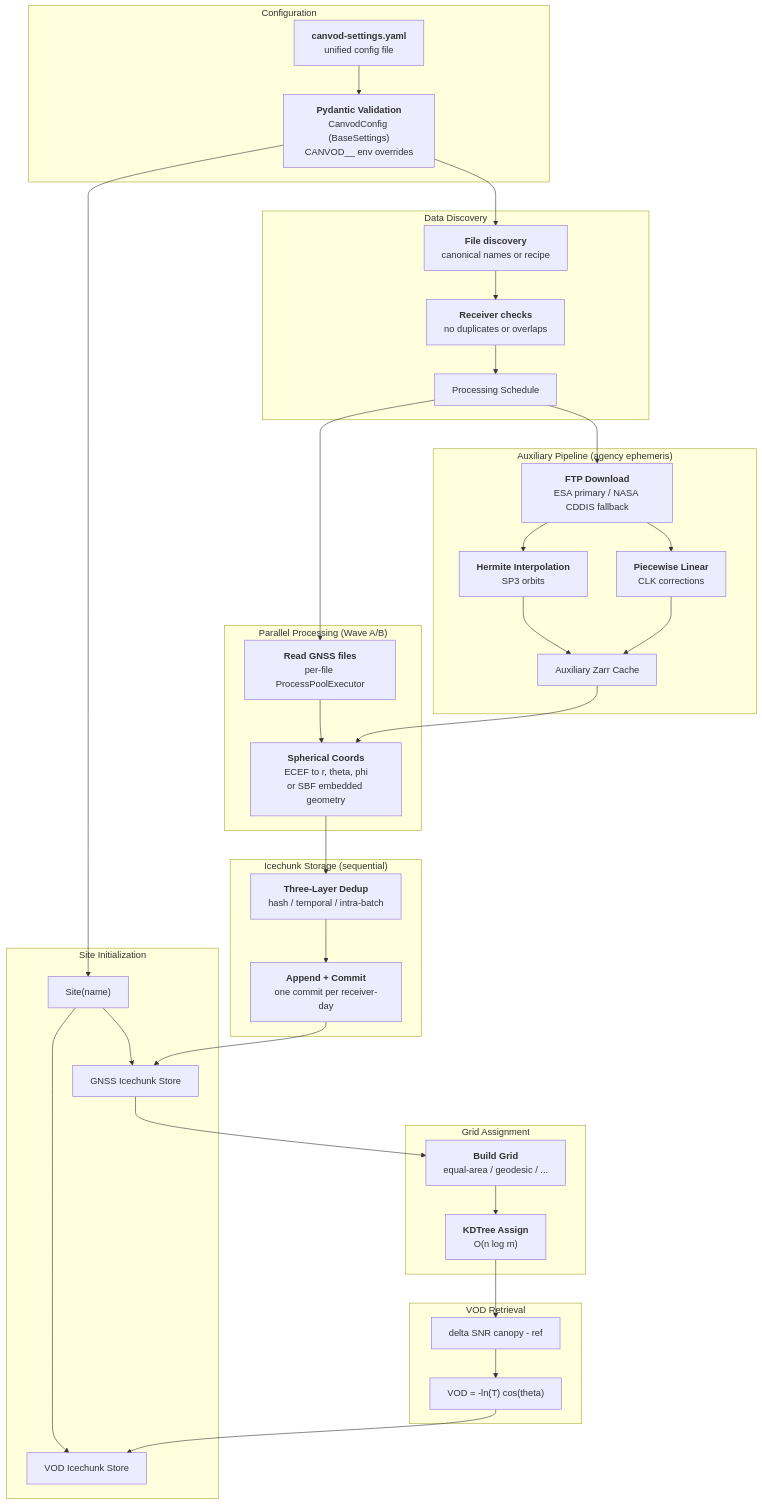
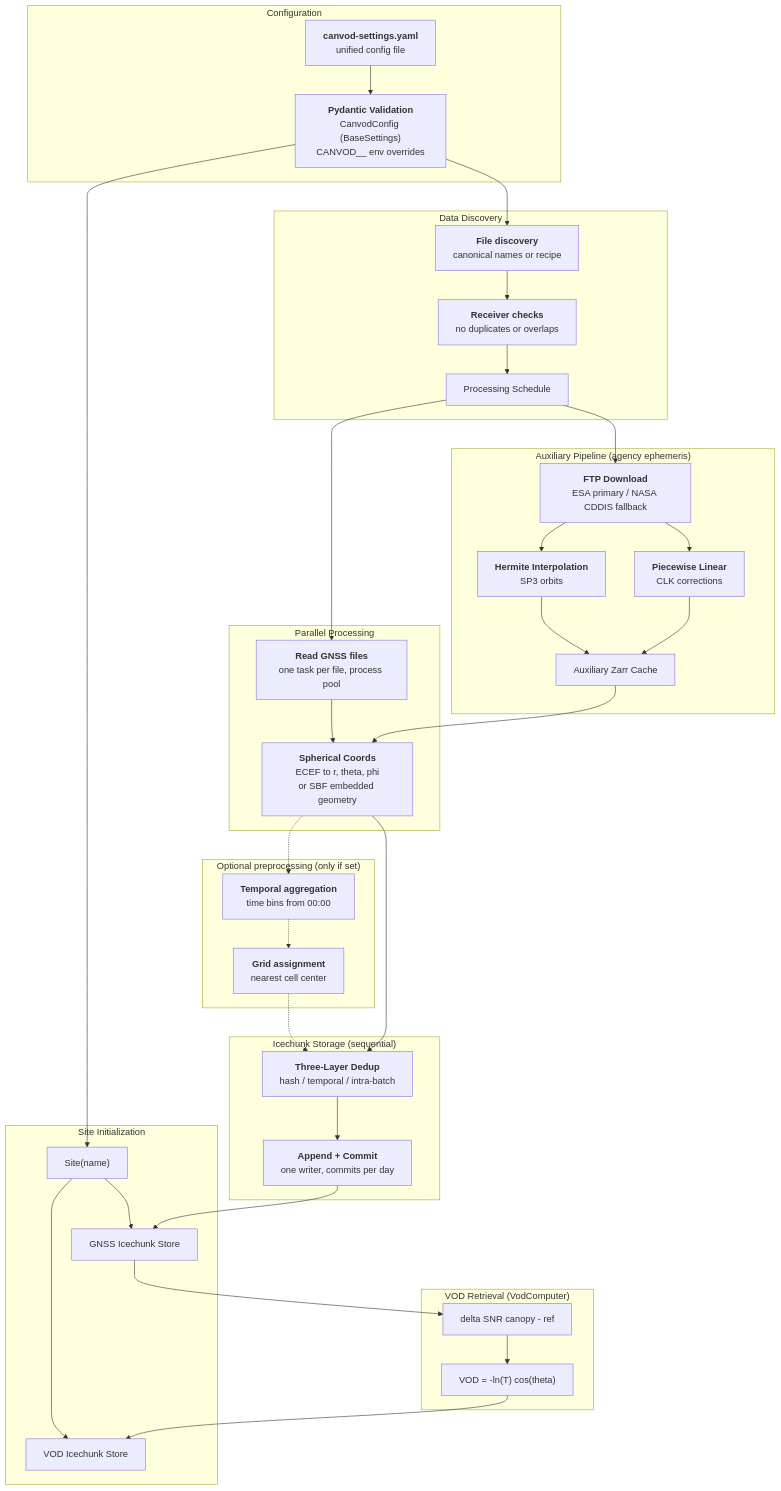
The second of 2 diagrams in docs/architecture.md (nfb2021/canvodpy), drawn with Mermaid before and after one commit. The commit also changed other lines of this file and 7 other files, not shown here.

````diff
--- a/docs/architecture.md
+++ b/docs/architecture.md
@@ -223,76 +222,77 @@
 ```mermaid
 flowchart TD
     subgraph CFG["Configuration"]
         YAML["`**canvod-settings.yaml**
         unified config file`"]
         PYDANTIC["`**Pydantic Validation**
         CanvodConfig (BaseSettings)
         CANVOD__ env overrides`"]
     end
 
     subgraph INIT["Site Initialization"]
         SITE["Site(name)"]
         RINEX_STORE["GNSS Icechunk Store"]
         VOD_STORE["VOD Icechunk Store"]
     end
 
     subgraph DISCOVERY["Data Discovery"]
         MAPPER["`**File discovery**
         canonical names or recipe`"]
         VALIDATOR["`**Receiver checks**
         no duplicates or overlaps`"]
         SCHEDULE["Processing Schedule"]
     end
 
     subgraph AUX["Auxiliary Pipeline (agency ephemeris)"]
         FTP["`**FTP Download**
         ESA primary / NASA CDDIS fallback`"]
         HERMITE["`**Hermite Interpolation**
         SP3 orbits`"]
         LINEAR["`**Piecewise Linear**
         CLK corrections`"]
         AUX_ZARR["Auxiliary Zarr Cache"]
     end
 
-    subgraph PARALLEL["Parallel Processing (Wave A/B)"]
+    subgraph PARALLEL["Parallel Processing"]
         READ_R["`**Read GNSS files**
-        per-file ProcessPoolExecutor`"]
+        one task per file, process pool`"]
         SPHERICAL["`**Spherical Coords**
         ECEF to r, theta, phi
         or SBF embedded geometry`"]
     end
 
     subgraph WRITE["Icechunk Storage (sequential)"]
         DEDUP["`**Three-Layer Dedup**
         hash / temporal / intra-batch`"]
         APPEND["`**Append + Commit**
-        one commit per receiver-day`"]
+        one writer, commits per day`"]
     end
 
-    subgraph GRID["Grid Assignment"]
-        BUILD_GRID["`**Build Grid**
-        equal-area / geodesic / ...`"]
-        KDTREE["`**KDTree Assign**
-        O(n log m)`"]
+    subgraph PREP["Optional preprocessing (only if set)"]
+        AGG["`**Temporal aggregation**
+        time bins from 00:00`"]
+        KDTREE["`**Grid assignment**
+        nearest cell center`"]
     end
 
-    subgraph VOD["VOD Retrieval"]
+    subgraph VOD["VOD Retrieval (VodComputer)"]
         DELTA["delta SNR canopy - ref"]
         TAU["VOD = -ln(T) cos(theta)"]
     end
 
     YAML --> PYDANTIC --> SITE
     SITE --> RINEX_STORE & VOD_STORE
 
     PYDANTIC --> MAPPER --> VALIDATOR --> SCHEDULE
 
     SCHEDULE --> FTP --> HERMITE & LINEAR --> AUX_ZARR
 
     SCHEDULE --> READ_R --> SPHERICAL
     AUX_ZARR --> SPHERICAL
 
+    SPHERICAL -.-> AGG -.-> KDTREE -.-> DEDUP
     SPHERICAL --> DEDUP --> APPEND --> RINEX_STORE
 
-    RINEX_STORE --> BUILD_GRID --> KDTREE --> DELTA --> TAU
+    RINEX_STORE --> DELTA --> TAU
     TAU --> VOD_STORE
 ```
````
